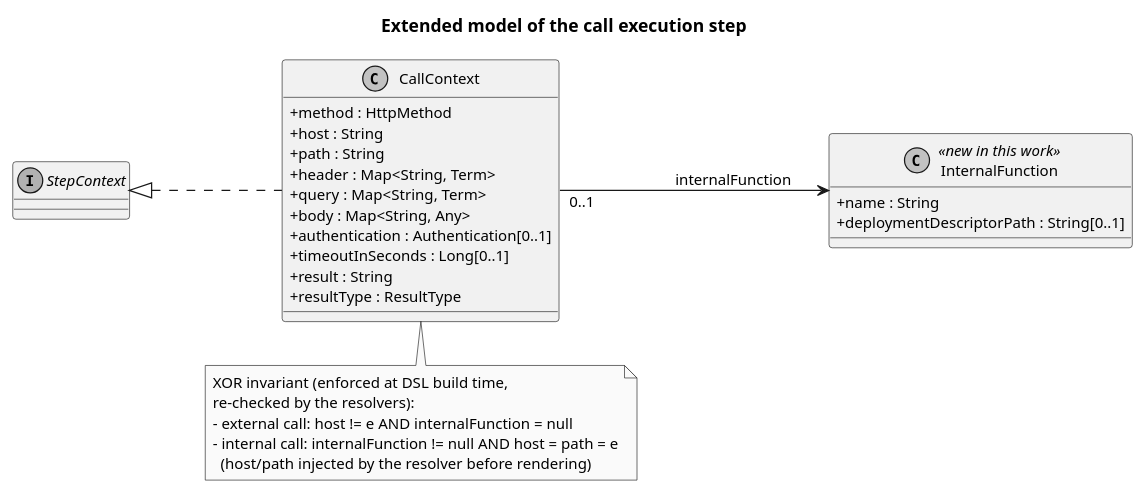
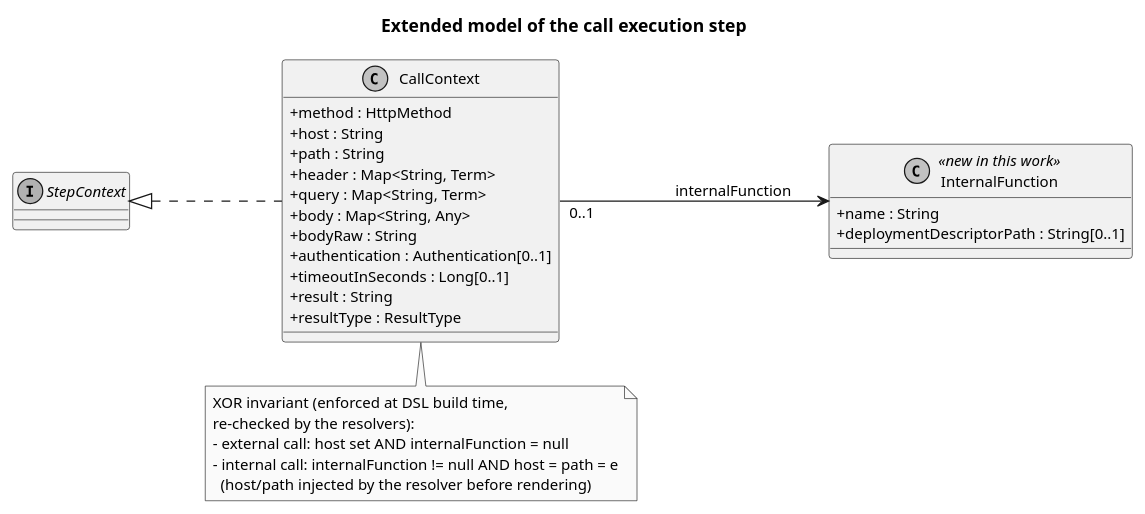
One commit to EngenheiroPedroCarvalho/ISEL-Thesis-2526 changed the diagram in diagrams/call-step-model.puml. Above: the diagram before and after it, drawn with PlantUML. The commit also changed 22 other files, not shown here.

First line of the commit message:
Bring the diagrams in line with the code

```diff
--- a/diagrams/call-step-model.puml
+++ b/diagrams/call-step-model.puml
@@ -1,39 +1,40 @@
 @startuml call-step-model
 skinparam monochrome true
 skinparam shadowing false
 skinparam classAttributeIconSize 0
 skinparam defaultFontSize 12
 left to right direction
 title Extended model of the call execution step
 
 interface StepContext
 
 class CallContext {
   +method : HttpMethod
   +host : String
   +path : String
   +header : Map<String, Term>
   +query : Map<String, Term>
   +body : Map<String, Any>
+  +bodyRaw : String
   +authentication : Authentication[0..1]
   +timeoutInSeconds : Long[0..1]
   +result : String
   +resultType : ResultType
 }
 
 class InternalFunction <<new in this work>> {
   +name : String
   +deploymentDescriptorPath : String[0..1]
 }
 
 StepContext <|.. CallContext
 CallContext "0..1" --> InternalFunction : internalFunction
 
 note bottom of CallContext
   XOR invariant (enforced at DSL build time,
   re-checked by the resolvers):
-  - external call: host != e AND internalFunction = null
+  - external call: host set AND internalFunction = null
   - internal call: internalFunction != null AND host = path = e
     (host/path injected by the resolver before rendering)
 end note
 @enduml
```
